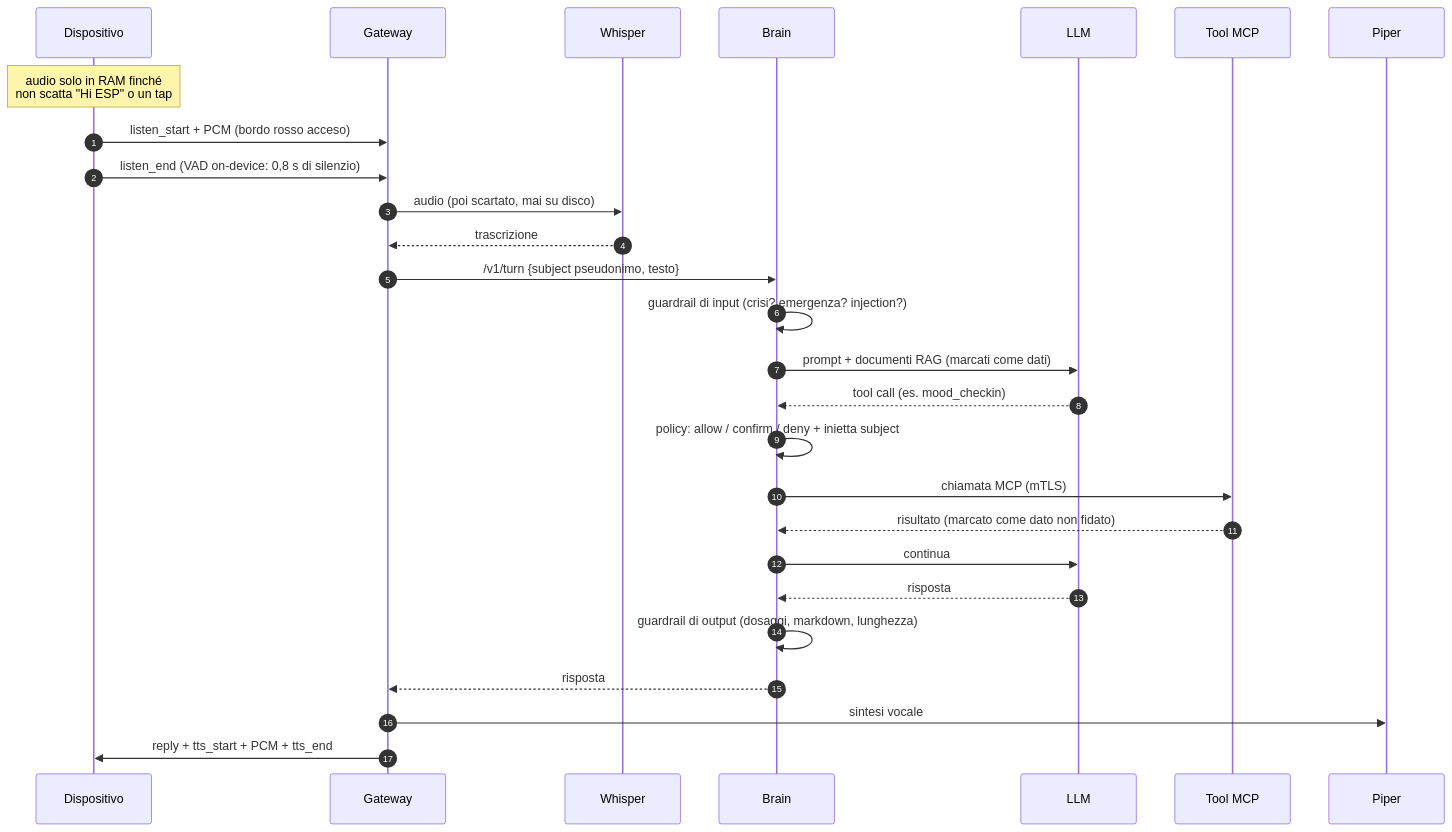
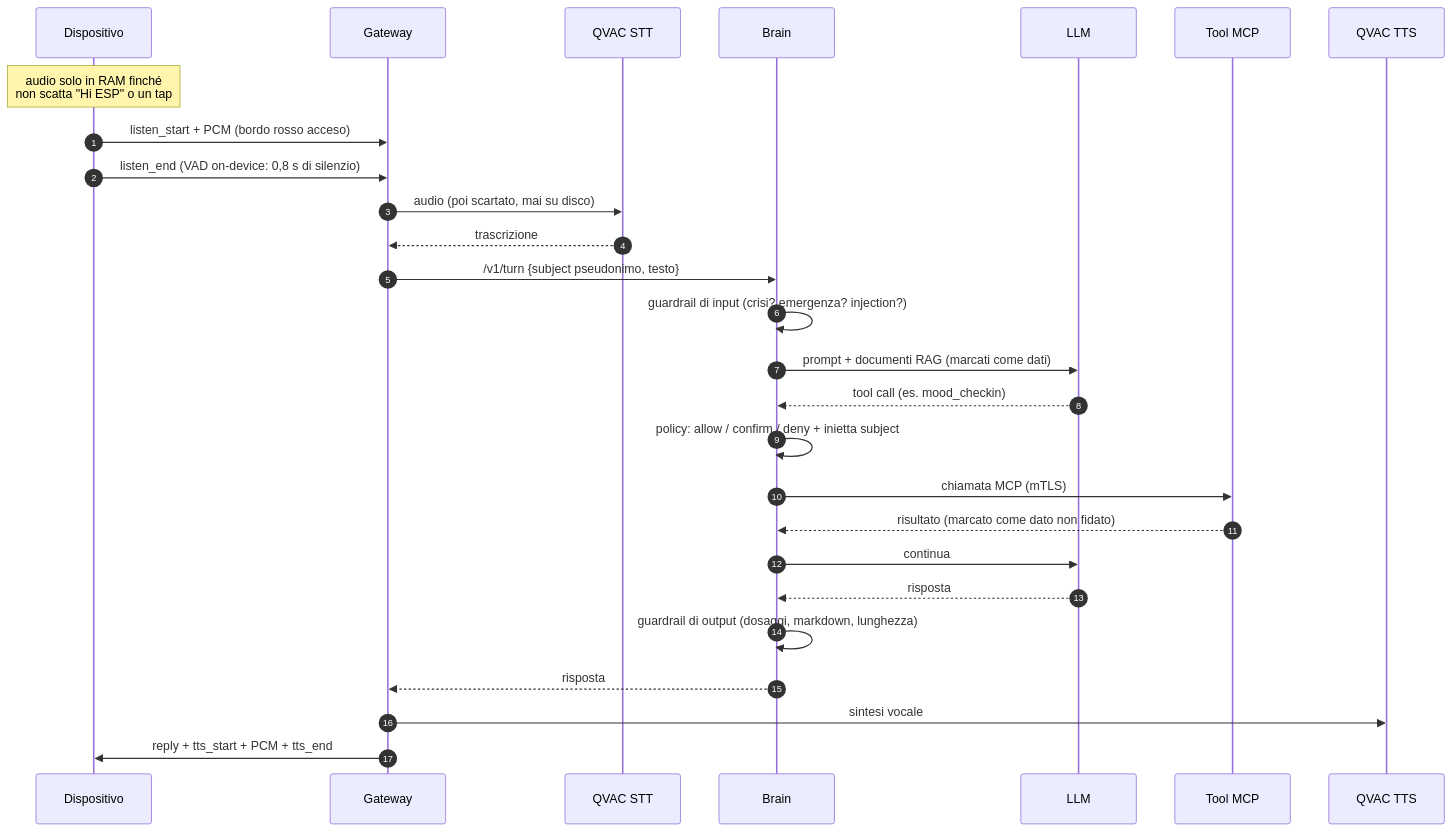
One commit to saldang/moody changed the second of 3 diagrams in docs/00-architettura.md. Above: the diagram before and after it, drawn with Mermaid. The commit also changed other lines of this file and 9 other files, not shown here.

````diff
--- a/docs/00-architettura.md
+++ b/docs/00-architettura.md
@@ -73,30 +78,30 @@
 ```mermaid
 sequenceDiagram
     autonumber
     participant D as Dispositivo
     participant G as Gateway
-    participant W as Whisper
+    participant W as QVAC STT
     participant B as Brain
     participant L as LLM
     participant T as Tool MCP
-    participant P as Piper
+    participant P as QVAC TTS
 
     Note over D: audio solo in RAM finché<br/>non scatta "Hi ESP" o un tap
     D->>G: listen_start + PCM (bordo rosso acceso)
     D->>G: listen_end (VAD on-device: 0,8 s di silenzio)
     G->>W: audio (poi scartato, mai su disco)
     W-->>G: trascrizione
     G->>B: /v1/turn {subject pseudonimo, testo}
     B->>B: guardrail di input (crisi? emergenza? injection?)
     B->>L: prompt + documenti RAG (marcati come dati)
     L-->>B: tool call (es. mood_checkin)
     B->>B: policy: allow / confirm / deny + inietta subject
     B->>T: chiamata MCP (mTLS)
     T-->>B: risultato (marcato come dato non fidato)
     B->>L: continua
     L-->>B: risposta
     B->>B: guardrail di output (dosaggi, markdown, lunghezza)
     B-->>G: risposta
     G->>P: sintesi vocale
     G->>D: reply + tts_start + PCM + tts_end
 ```
````
